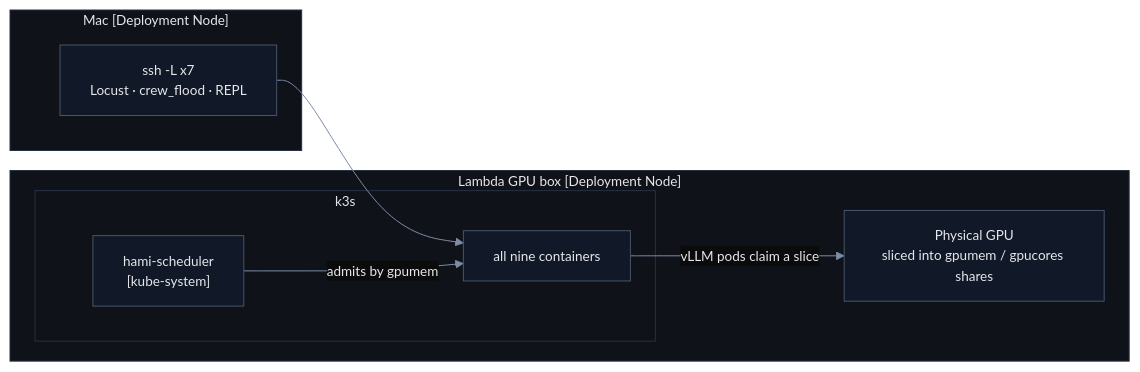
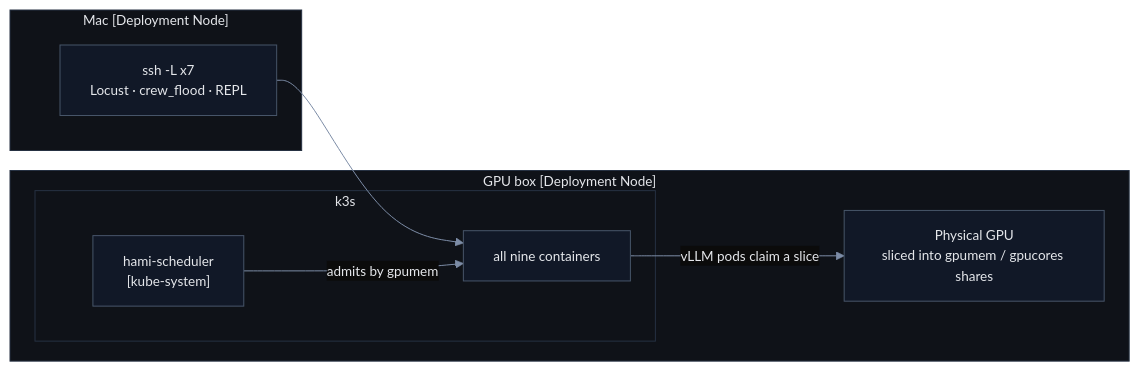
One commit to harshuljain13/Dodona changed the fifth of 5 diagrams in docs/cluster/ARCHITECTURE.md. Above: the diagram before and after it, drawn with Mermaid. The commit also changed 10 other files, not shown here.

````diff
--- a/docs/cluster/ARCHITECTURE.md
+++ b/docs/cluster/ARCHITECTURE.md
@@ -209,25 +209,25 @@
 ```mermaid
 %%{init: {'theme':'base','themeVariables':{
   'darkMode':true,'background':'#0B0B0B',
   'fontFamily':'Helvetica, Arial, sans-serif','fontSize':'13.5px',
   'primaryColor':'#111827','primaryTextColor':'#E5E7EB','primaryBorderColor':'#475569',
   'lineColor':'#7C8CA6','textColor':'#E5E7EB','titleColor':'#E5E7EB',
   'clusterBkg':'#0F1218','clusterBorder':'#263142','edgeLabelBackground':'#0B0B0B'
 }}}%%
 flowchart LR
     subgraph MAC["Mac [Deployment Node]"]
         TUN["ssh -L x7<br/>Locust · crew_flood · REPL"]
     end
 
-    subgraph BOX["Lambda GPU box [Deployment Node]"]
+    subgraph BOX["GPU box [Deployment Node]"]
         subgraph K3S["k3s"]
             SCHED["hami-scheduler<br/>[kube-system]"]
             PODS["all nine containers"]
         end
         GPU["Physical GPU<br/>sliced into gpumem / gpucores shares"]
     end
 
     TUN --> PODS
     SCHED -->|"admits by gpumem"| PODS
     PODS -->|"vLLM pods claim a slice"| GPU
 ```
````
